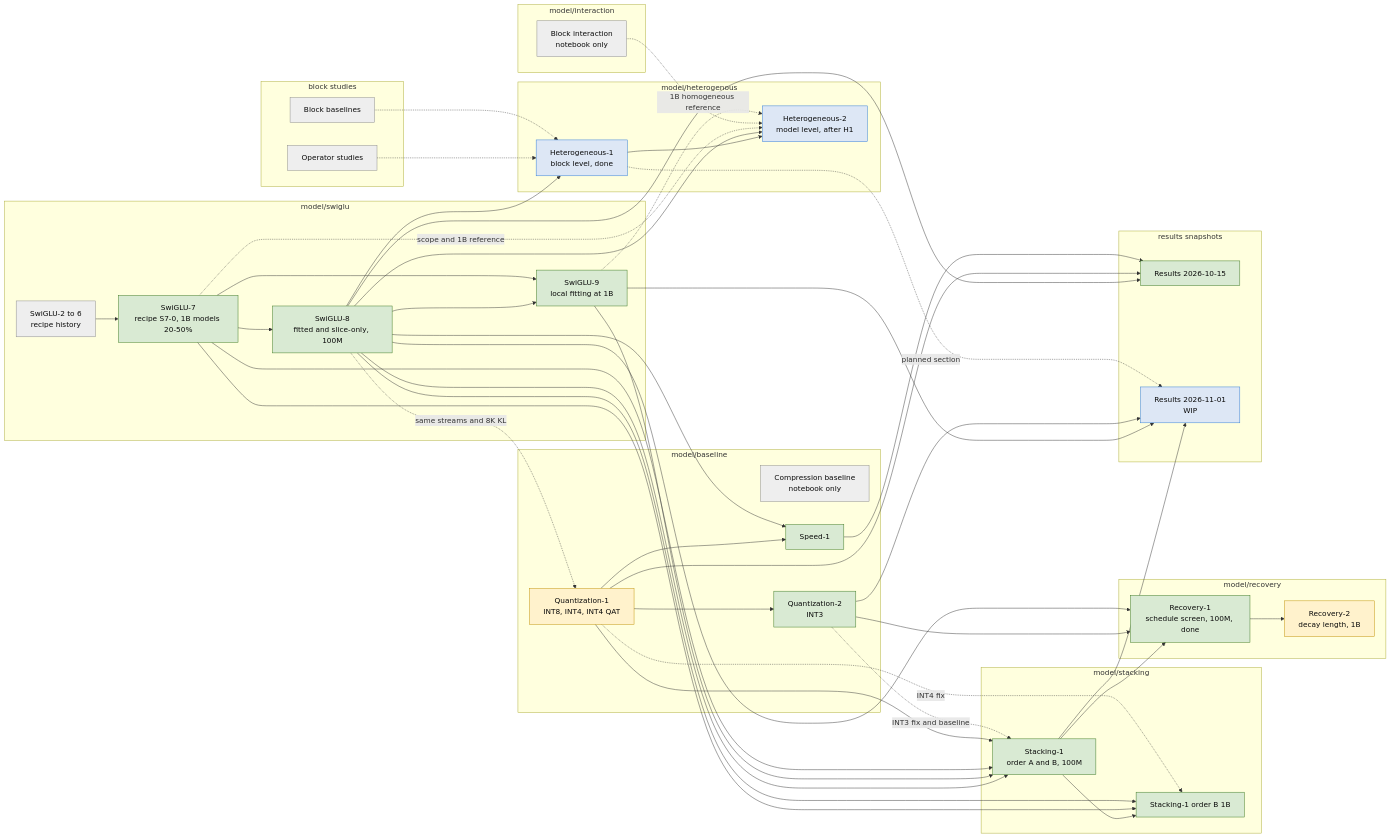
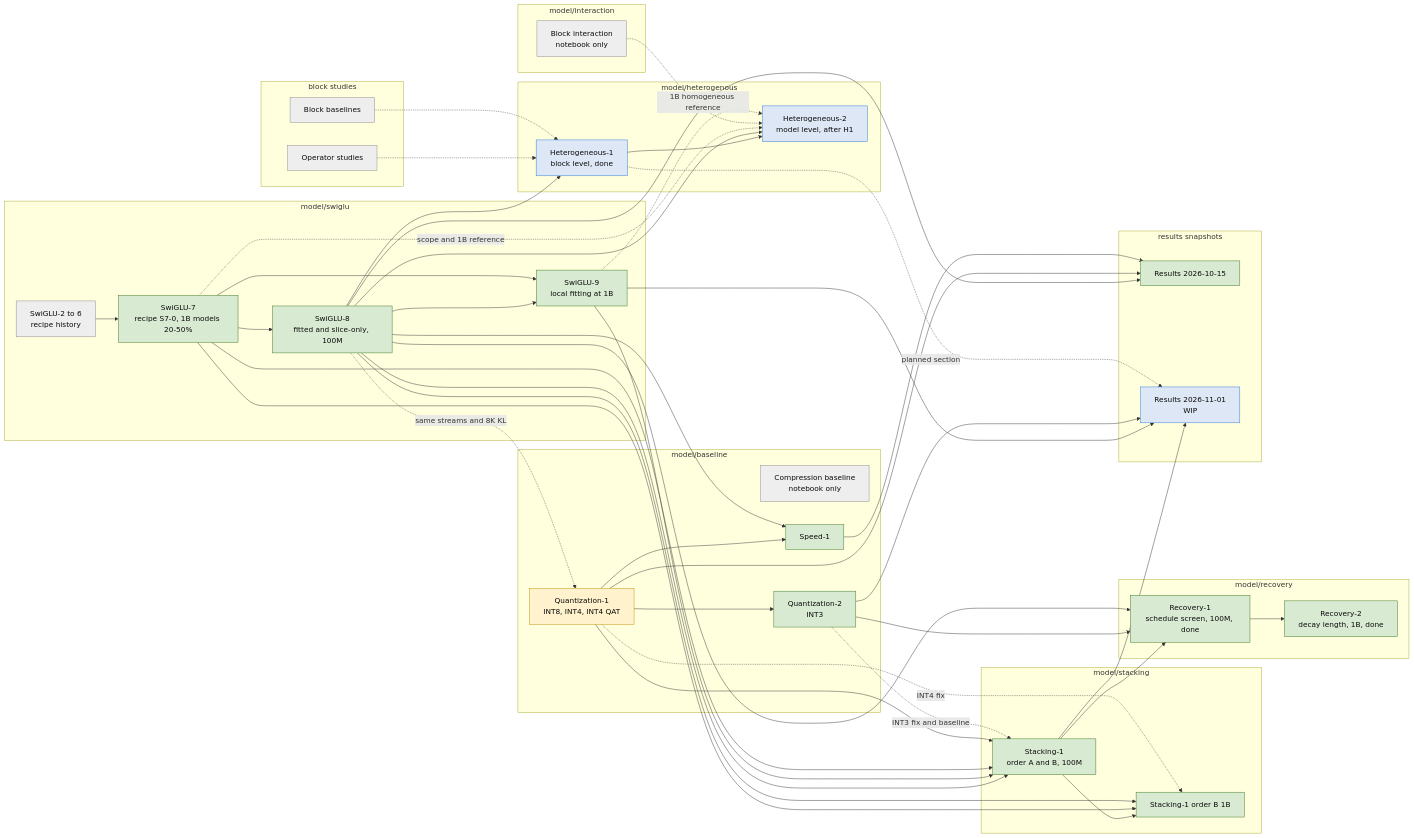
One commit to Sammuel21/diploma-thesis-block-replacement changed the second of 2 diagrams in docs/experiments/dependencies.md. Above: the diagram before and after it, drawn with Mermaid. The commit also changed other lines of this file and 6 other files, not shown here.

````diff
--- a/docs/experiments/dependencies.md
+++ b/docs/experiments/dependencies.md
@@ -33,77 +33,77 @@
 ```mermaid
 flowchart LR
   classDef done fill:#d9ead3,stroke:#38761d,color:#0b0b0b
   classDef running fill:#fff2cc,stroke:#bf9000,color:#0b0b0b
   classDef planned fill:#dde7f5,stroke:#2a78d6,color:#0b0b0b
   classDef historical fill:#eeeeee,stroke:#888888,color:#0b0b0b
 
   subgraph block[block studies]
     BB[Block baselines]
     BO[Operator studies]
   end
   subgraph swiglu[model/swiglu]
     S26[SwiGLU-2 to 6<br/>recipe history] --> S7[SwiGLU-7<br/>recipe S7-0, 1B models 20-50%]
     S7 --> S8[SwiGLU-8<br/>fitted and slice-only, 100M]
     S8 --> S9[SwiGLU-9<br/>local fitting at 1B]
     S7 --> S9
   end
   subgraph baseline[model/baseline]
     CB[Compression baseline<br/>notebook only]
     Q1[Quantization-1<br/>INT8, INT4, INT4 QAT]
     Q2[Quantization-2<br/>INT3]
     SP1[Speed-1]
     Q1 --> Q2
   end
   subgraph stacking[model/stacking]
     ST1[Stacking-1<br/>order A and B, 100M]
     ST1B[Stacking-1 order B 1B]
     ST1 --> ST1B
   end
   subgraph interaction[model/interaction]
     BI[Block interaction<br/>notebook only]
   end
   subgraph hetero[model/heterogenous]
     H1[Heterogeneous-1<br/>block level, done] --> H2[Heterogeneous-2<br/>model level, after H1]
   end
   subgraph recovery[model/recovery]
-    RC1[Recovery-1<br/>schedule screen, 100M, done] --> RC2[Recovery-2<br/>decay length, 1B]
+    RC1[Recovery-1<br/>schedule screen, 100M, done] --> RC2[Recovery-2<br/>decay length, 1B, done]
   end
   Q2 --> RC1
   ST1 --> RC1
   S8 --> RC1
   subgraph reports[results snapshots]
     R1[Results 2026-10-15]
     R2[Results 2026-11-01<br/>WIP]
   end
 
   S8 -. same streams and 8K KL .-> Q1
   S8 --> ST1
   S9 --> ST1
   S7 --> ST1
   Q1 --> ST1
   Q2 -. INT3 fix and baseline .-> ST1
   S7 --> ST1B
   S8 --> ST1B
   Q1 -. INT4 fix .-> ST1B
   Q1 --> SP1
   S8 --> SP1
   BO -.-> H1
   BB -.-> H1
   S8 --> H1
   S8 --> H2
   S7 -. scope and 1B reference .-> H2
   BI -.-> H2
   S9 -. 1B homogeneous reference .-> H2
   S8 --> R1
   Q1 --> R1
   SP1 --> R1
   S9 --> R2
   ST1 --> R2
   Q2 --> R2
   H1 -. planned section .-> R2
 
-  class S7,S8,S9,Q2,SP1,R1,ST1,ST1B,RC1 done
-  class Q1,RC2 running
+  class S7,S8,S9,Q2,SP1,R1,ST1,ST1B,RC1,RC2 done
+  class Q1 running
   class H1,H2,R2 planned
   class S26,BB,BO,CB,BI historical
 ```
````
